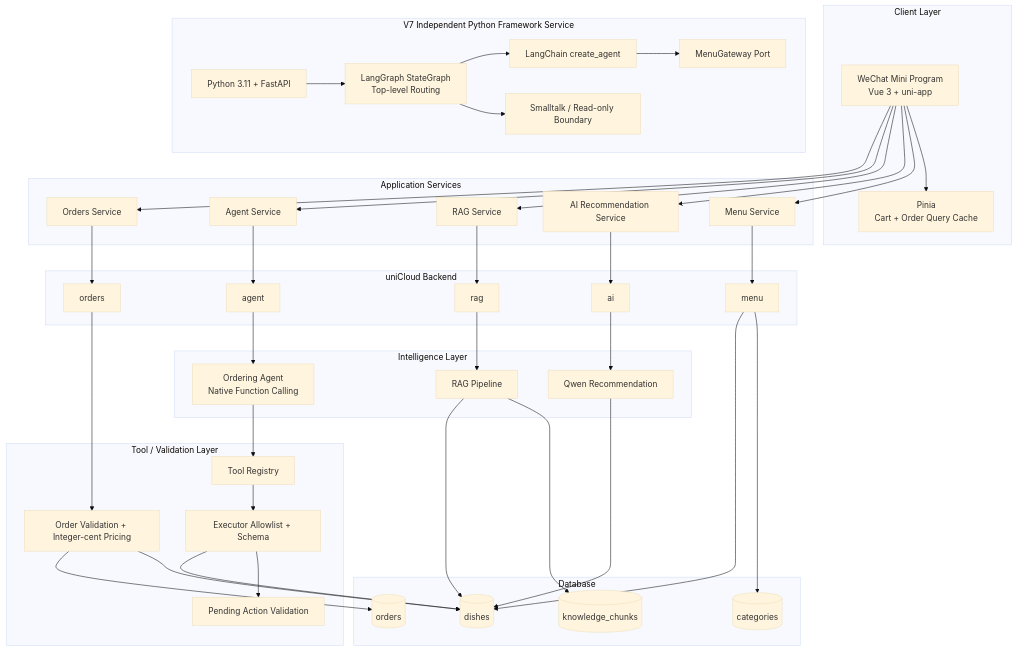
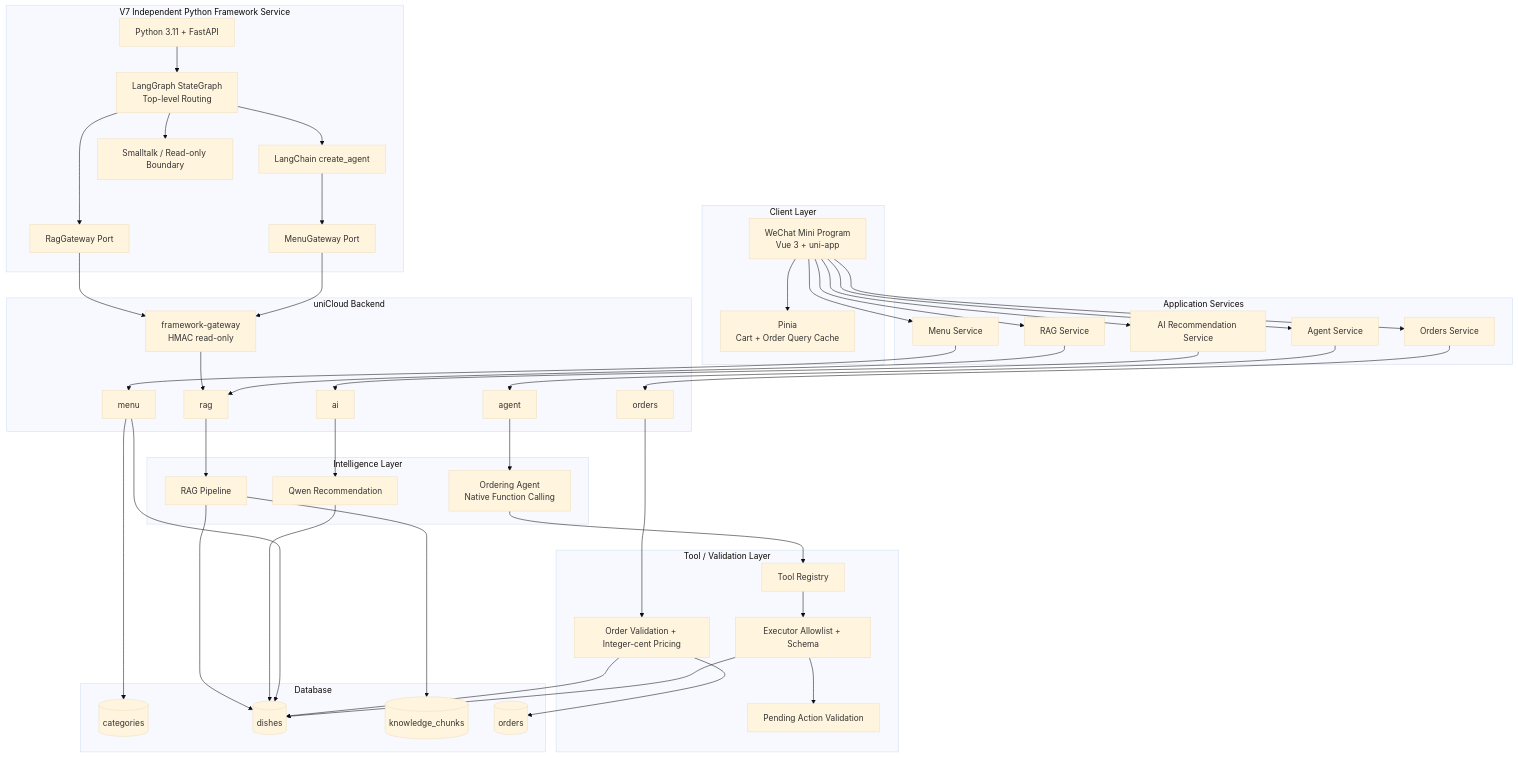
The first of 3 diagrams in docs/ARCHITECTURE.md (LI-ZONGRUI/smart-ordering-agent), drawn with Mermaid (base theme) before and after one commit. The commit also changed other lines of this file and 20 other files, not shown here.

```diff
--- a/docs/ARCHITECTURE.md
+++ b/docs/ARCHITECTURE.md
@@ -53,9 +56,11 @@
     LG[LangGraph StateGraph<br/>Top-level Routing]
     LC[LangChain create_agent]
     GW[MenuGateway Port]
+    RGW[RagGateway Port]
     SMALL[Smalltalk / Read-only Boundary]
     FASTAPI --> LG
     LG --> LC --> GW
+    LG --> RGW
     LG --> SMALL
   end
 
@@ -72,6 +77,7 @@
     RAGOBJ[rag]
     AGOBJ[agent]
     ORD[orders]
+    FGW[framework-gateway<br/>HMAC read-only]
   end
 
   subgraph DB[Database]
@@ -92,6 +98,9 @@
   RS --> RAGOBJ
   AS --> AGOBJ
   OS --> ORD
+  GW --> FGW
+  RGW --> FGW
+  FGW --> RAGOBJ
 
   AI --> REC
   RAGOBJ --> RAG
```
